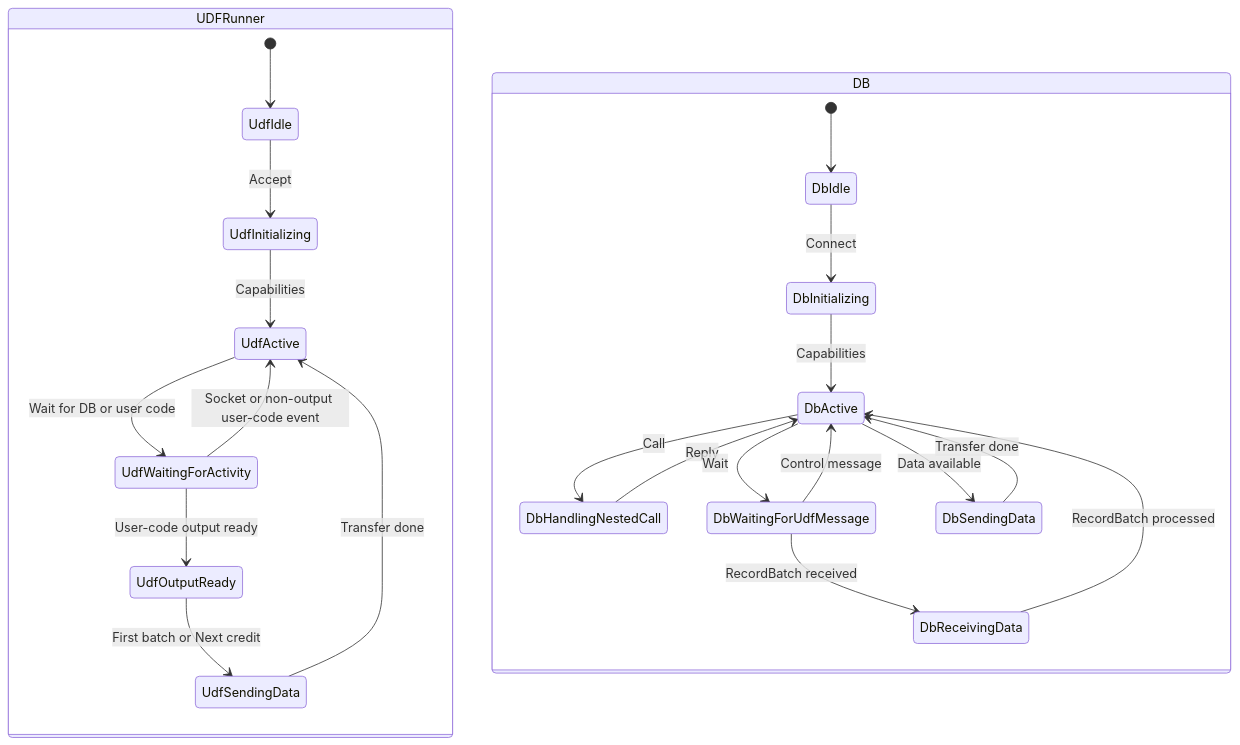
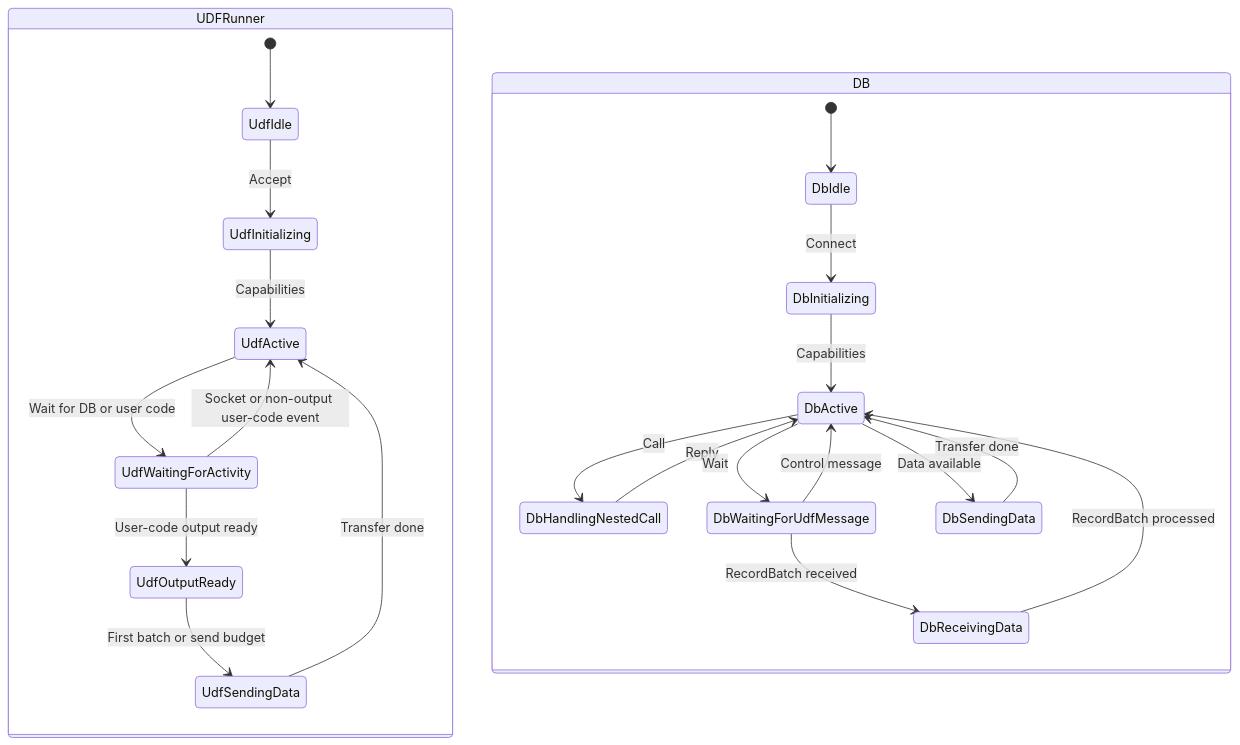
One commit to exasol/udf-runner-cpp changed the diagram in doc/design/v2/protocol/high_level/endpoint_scheduling.mmd. Above: the diagram before and after it, drawn with Mermaid. The commit also changed 70 other files, not shown here.

```diff
--- a/doc/design/v2/protocol/high_level/endpoint_scheduling.mmd
+++ b/doc/design/v2/protocol/high_level/endpoint_scheduling.mmd
@@ -1,25 +1,25 @@
 stateDiagram-v2
     state "UDFRunner" as UDF {
         [*] --> UdfIdle
         UdfIdle --> UdfInitializing: Accept
         UdfInitializing --> UdfActive: Capabilities
         UdfActive --> UdfWaitingForActivity: Wait for DB or user code
         UdfWaitingForActivity --> UdfOutputReady: User-code output ready
-        UdfOutputReady --> UdfSendingData: First batch or Next credit
+        UdfOutputReady --> UdfSendingData: First batch or send budget
         UdfSendingData --> UdfActive: Transfer done
         UdfWaitingForActivity --> UdfActive: Socket or non-output user-code event
     }
 
     state "DB" as DB {
         [*] --> DbIdle
         DbIdle --> DbInitializing: Connect
         DbInitializing --> DbActive: Capabilities
         DbActive --> DbHandlingNestedCall: Call
         DbHandlingNestedCall --> DbActive: Reply
         DbActive --> DbWaitingForUdfMessage: Wait
         DbWaitingForUdfMessage --> DbActive: Control message
         DbWaitingForUdfMessage --> DbReceivingData: RecordBatch received
         DbReceivingData --> DbActive: RecordBatch processed
         DbActive --> DbSendingData: Data available
         DbSendingData --> DbActive: Transfer done
     }
```
